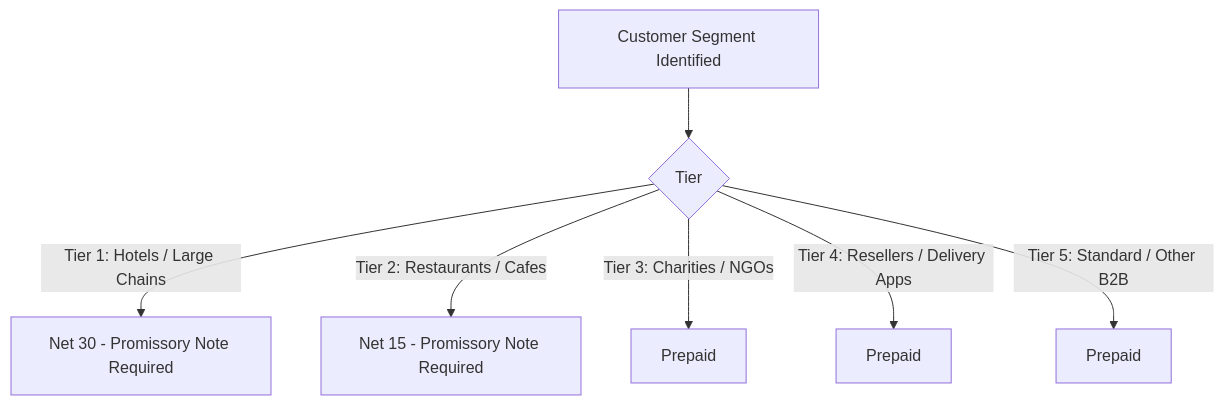
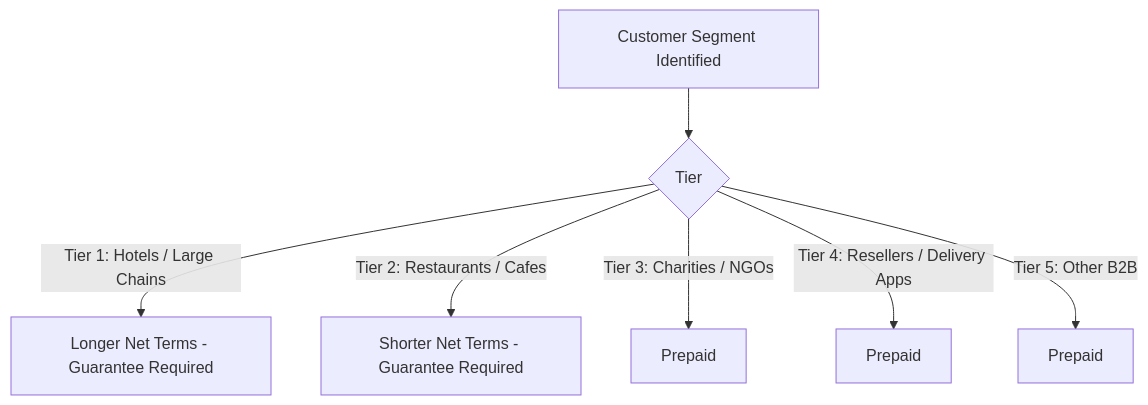
One commit to omaralburiki/B2B-E-commerce-Implementation changed the second of 5 diagrams in docs/Project-Dossier.md. Above: the diagram before and after it, drawn with Mermaid. The commit also changed other lines of this file, not shown here.

````diff
--- a/docs/Project-Dossier.md
+++ b/docs/Project-Dossier.md
@@ -146,9 +60,9 @@
 ```mermaid
 flowchart TD
     A[Customer Segment Identified] --> B{Tier}
-    B -->|Tier 1: Hotels / Large Chains| C[Net 30 - Promissory Note Required]
-    B -->|Tier 2: Restaurants / Cafes| D[Net 15 - Promissory Note Required]
+    B -->|Tier 1: Hotels / Large Chains| C[Longer Net Terms - Guarantee Required]
+    B -->|Tier 2: Restaurants / Cafes| D[Shorter Net Terms - Guarantee Required]
     B -->|Tier 3: Charities / NGOs| E[Prepaid]
     B -->|Tier 4: Resellers / Delivery Apps| F[Prepaid]
-    B -->|Tier 5: Standard / Other B2B| G[Prepaid]
+    B -->|Tier 5: Other B2B| G[Prepaid]
 ```
````
